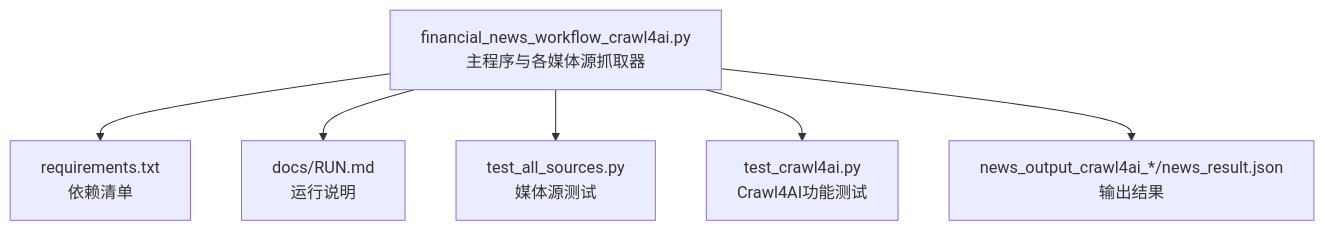
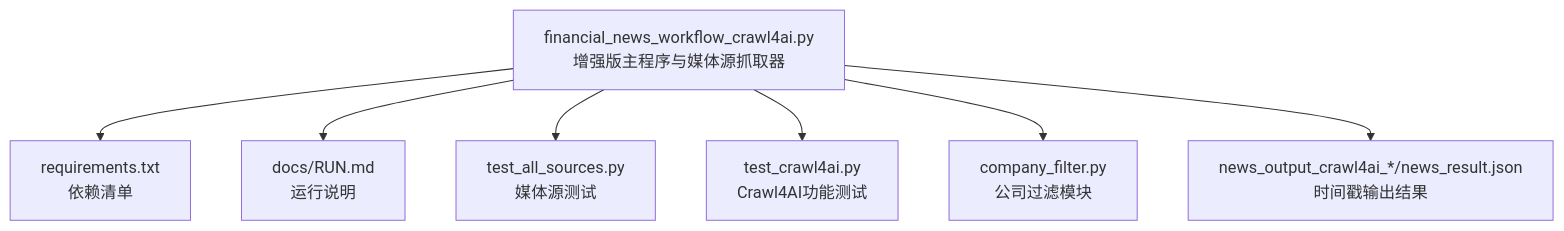
The first of 5 diagrams in .qoder/repowiki/zh/content/核心模块/金融新闻自动化工作流/金融新闻自动化工作流.md (jy2360136/redbook), drawn with Mermaid before and after one commit. The commit also changed other lines of this file and 33 other files, not shown here.

````diff
--- a/.qoder/repowiki/zh/content/核心模块/金融新闻自动化工作流/金融新闻自动化工作流.md
+++ b/.qoder/repowiki/zh/content/核心模块/金融新闻自动化工作流/金融新闻自动化工作流.md
@@ -36,8 +47,9 @@
 ```mermaid
 graph TB
-A["financial_news_workflow_crawl4ai.py<br/>主程序与各媒体源抓取器"] --> B["requirements.txt<br/>依赖清单"]
+A["financial_news_workflow_crawl4ai.py<br/>增强版主程序与媒体源抓取器"] --> B["requirements.txt<br/>依赖清单"]
 A --> C["docs/RUN.md<br/>运行说明"]
 A --> D["test_all_sources.py<br/>媒体源测试"]
 A --> E["test_crawl4ai.py<br/>Crawl4AI功能测试"]
-A --> F["news_output_crawl4ai_*/news_result.json<br/>输出结果"]
+A --> F["company_filter.py<br/>公司过滤模块"]
+A --> G["news_output_crawl4ai_*/news_result.json<br/>时间戳输出结果"]
 ```
````
